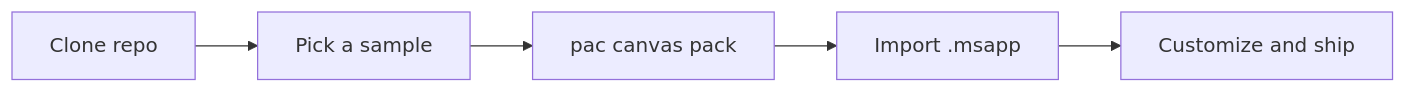
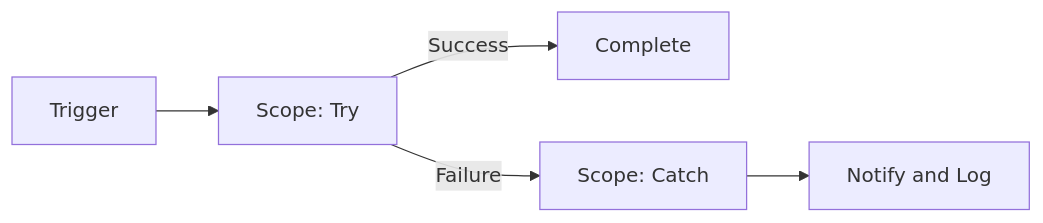
One commit to bharadwaj-vemula/power-apps-canvas-samples changed the diagram in README.md. Above: the diagram before and after it, drawn with Mermaid. The commit also changed other lines of this file, not shown here.

First line of the commit message:
Revise README for Power Automate Flow Patterns

````diff
--- a/README.md
+++ b/README.md
@@ -27,7 +27,7 @@
 ```mermaid
 flowchart LR
-    A[Clone repo] --> B[Pick a sample]
-    B --> C[pac canvas pack]
-    C --> D[Import .msapp]
-    D --> E[Customize and ship]
+    A[Trigger] --> B[Scope: Try]
+    B -->|Success| C[Complete]
+    B -->|Failure| D[Scope: Catch]
+    D --> E[Notify and Log]
 ```
````
